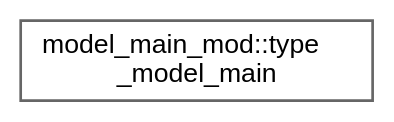
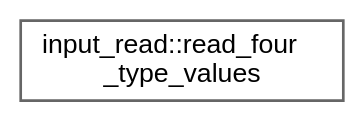
Before and after one commit to mayhl/FUNWAVE-TVD: the diagram in release/v4.0-beta/inherit_graph_27.dot, drawn with Graphviz. The commit also changed 402 other files, not shown here.

```diff
--- a/release/v4.0-beta/inherit_graph_27.dot
+++ b/release/v4.0-beta/inherit_graph_27.dot
@@ -1,9 +1,9 @@
 digraph "Graphical Class Hierarchy"
 {
  // LATEX_PDF_SIZE
   bgcolor="transparent";
   edge [fontname=Helvetica,fontsize=10,labelfontname=Helvetica,labelfontsize=10];
   node [fontname=Helvetica,fontsize=10,shape=box,height=0.2,width=0.4];
   rankdir="LR";
-  Node0 [id="Node000000",label="model_main_mod::type\l_model_main",height=0.2,width=0.4,color="grey40", fillcolor="white", style="filled",URL="$structmodel__main__mod_1_1type__model__main.html",tooltip=" "];
+  Node0 [id="Node000000",label="input_read::read_four\l_type_values",height=0.2,width=0.4,color="grey40", fillcolor="white", style="filled",URL="$interfaceinput__read_1_1read__four__type__values.html",tooltip=" "];
 }
```
